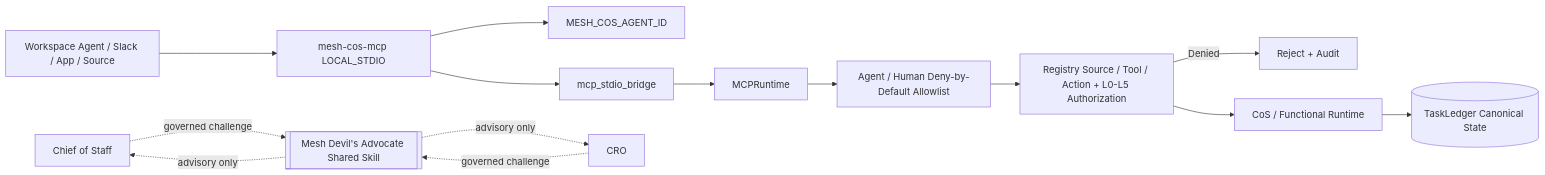
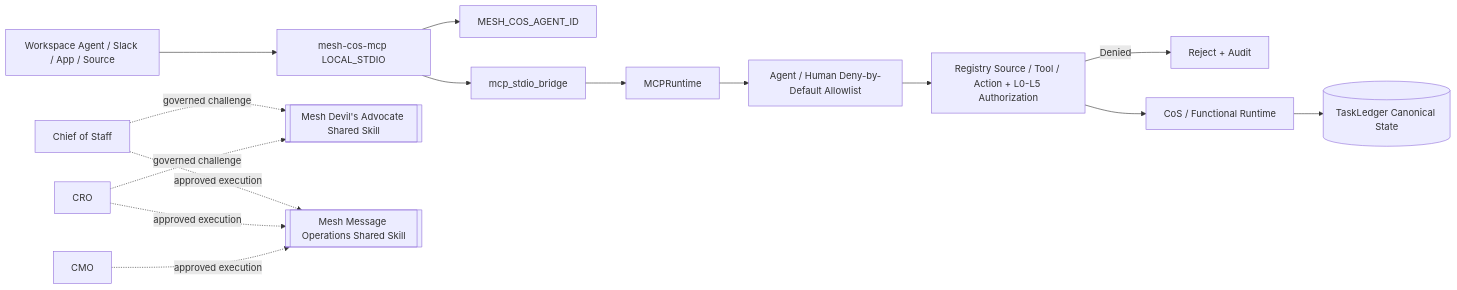
The diagram in SECURITY.md (mkleinbe/mesh-ai-agent-cos-universe), drawn with Mermaid before and after one commit. The commit also changed other lines of this file, not shown here.

Commit message:
docs: align security policy to shared message operations

````diff
--- a/SECURITY.md
+++ b/SECURITY.md
@@ -37,16 +44,17 @@
 ```mermaid
 flowchart LR
     EXT[Workspace Agent / Slack / App / Source] --> MCP[mesh-cos-mcp LOCAL_STDIO]
     MCP --> ID[MESH_COS_AGENT_ID]
     MCP --> BRIDGE[mcp_stdio_bridge]
     BRIDGE --> RT[MCPRuntime]
     RT --> MPA[Agent / Human Deny-by-Default Allowlist]
     MPA --> AUTH[Registry Source / Tool / Action + L0-L5 Authorization]
     AUTH -->|Denied| BLOCK[Reject + Audit]
     AUTH --> SVC[CoS / Functional Runtime]
     SVC --> LEDGER[(TaskLedger Canonical State)]
     COS[Chief of Staff] -. governed challenge .-> DA[[Mesh Devil's Advocate Shared Skill]]
     CRO[CRO] -. governed challenge .-> DA
-    DA -. advisory only .-> COS
-    DA -. advisory only .-> CRO
+    COS -. approved execution .-> MSG[[Mesh Message Operations Shared Skill]]
+    CRO -. approved execution .-> MSG
+    CMO[CMO] -. approved execution .-> MSG
 ```
````
